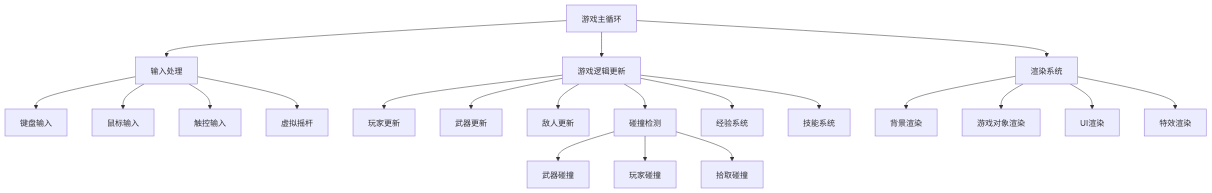
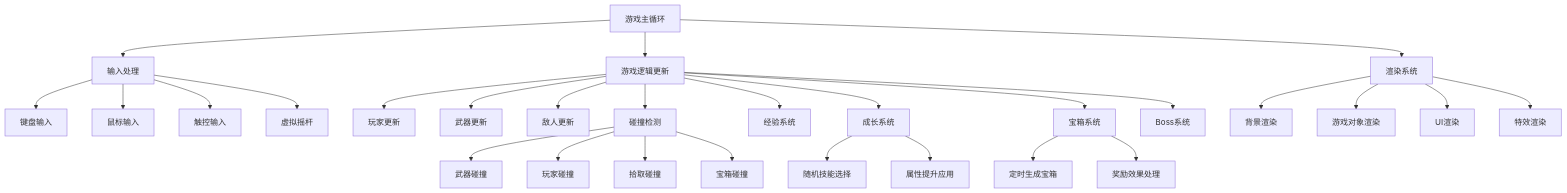
One commit to coder-pig/VibeCodingTry changed the second of 2 diagrams in knife_turning/.trae/documents/转刀游戏技术架构文档.md. Above: the diagram before and after it, drawn with Mermaid. The commit also changed other lines of this file and 1 other file, not shown here.

````diff
--- a/knife_turning/.trae/documents/转刀游戏技术架构文档.md
+++ b/knife_turning/.trae/documents/转刀游戏技术架构文档.md
@@ -138,27 +158,36 @@
 ```mermaid
 graph TD
     A[游戏主循环] --> B[输入处理]
     A --> C[游戏逻辑更新]
     A --> D[渲染系统]
     
     B --> E[键盘输入]
     B --> F[鼠标输入]
     B --> G1[触控输入]
     B --> H1[虚拟摇杆]
     
     C --> G[玩家更新]
     C --> H[武器更新]
     C --> I[敌人更新]
     C --> J[碰撞检测]
     C --> K[经验系统]
-    C --> L[技能系统]
+    C --> L[成长系统]
+    C --> M1[宝箱系统]
+    C --> N1[Boss系统]
     
     D --> M[背景渲染]
     D --> N[游戏对象渲染]
     D --> O[UI渲染]
     D --> P[特效渲染]
     
     J --> Q[武器碰撞]
     J --> R[玩家碰撞]
     J --> S[拾取碰撞]
+    J --> T1[宝箱碰撞]
+    
+    L --> U1[随机技能选择]
+    L --> V1[属性提升应用]
+    
+    M1 --> W1[定时生成宝箱]
+    M1 --> X1[奖励效果处理]
 ```
````
